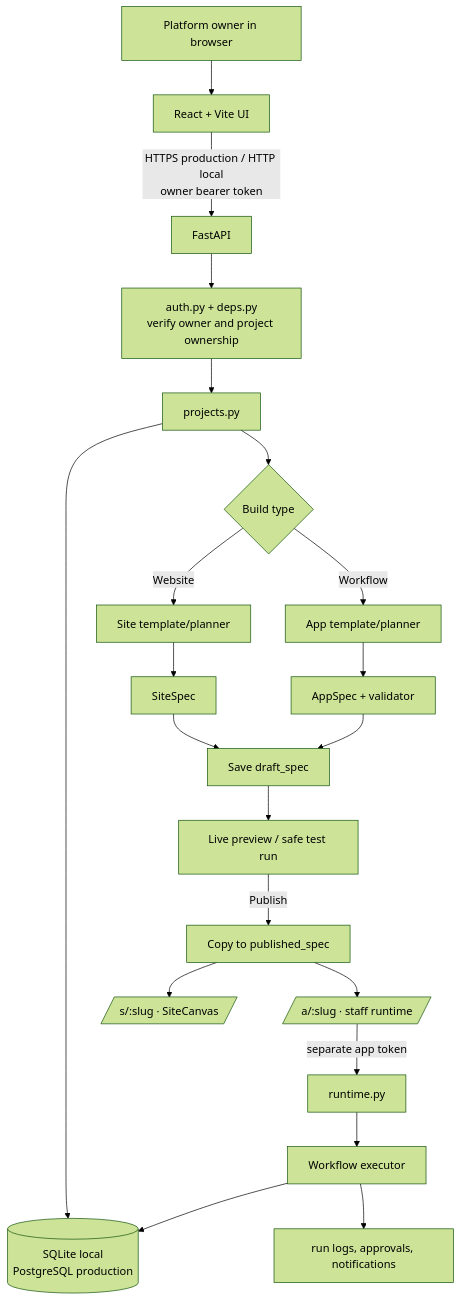
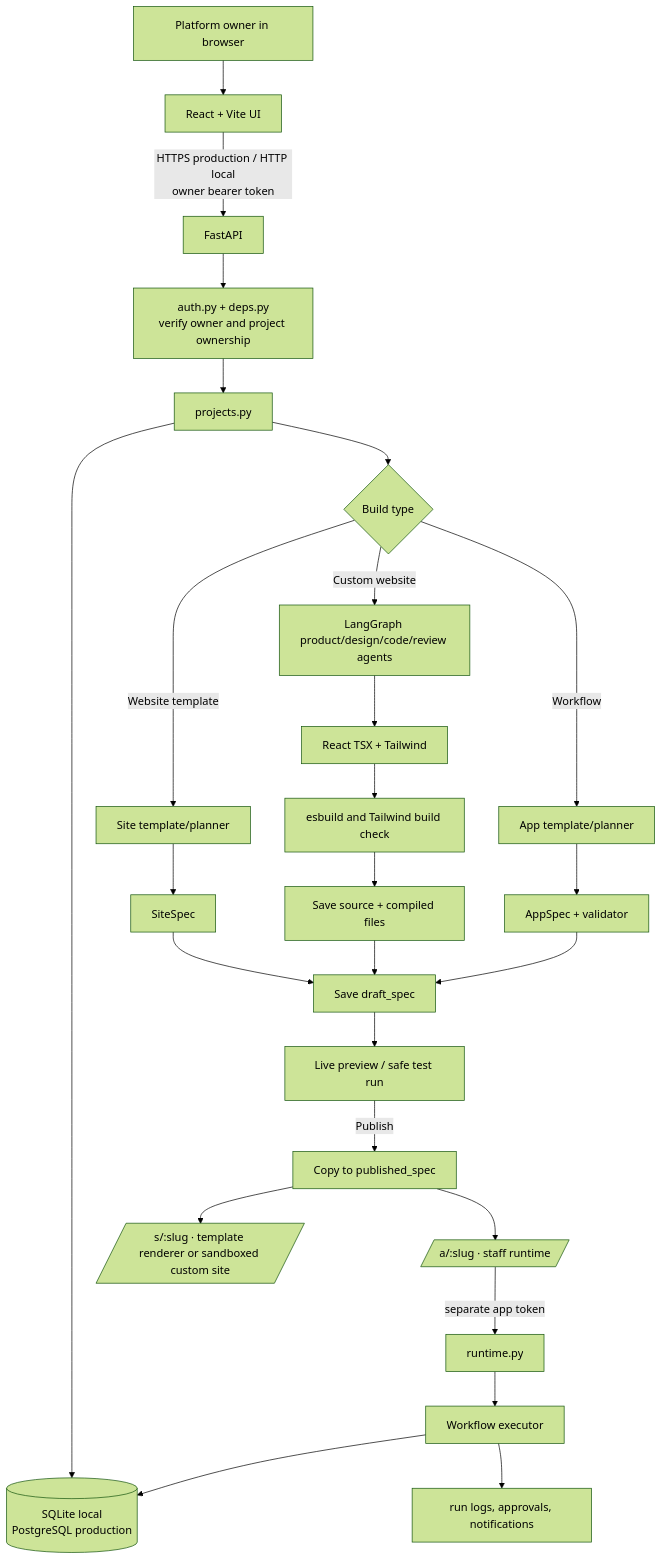
The second of 4 diagrams in ARCHITECTURE.md (Aryan246cs/Agentic-coding-buddy), drawn with Mermaid (forest theme) before and after one commit. The commit also changed other lines of this file and 24 other files, not shown here.

Commit message:
add custom ai website and workflow features, with agents

````diff
--- a/ARCHITECTURE.md
+++ b/ARCHITECTURE.md
@@ -100,24 +104,29 @@
 ```mermaid
 flowchart TB
     User[Platform owner in browser] --> Web[React + Vite UI]
     Web -->|HTTPS production / HTTP local\nowner bearer token| API[FastAPI]
     API --> Auth[auth.py + deps.py\nverify owner and project ownership]
     Auth --> Projects[projects.py]
     Projects --> DB[(SQLite local\nPostgreSQL production)]
 
     Projects --> Choice{Build type}
-    Choice -->|Website| SitePlan[Site template/planner]
+    Choice -->|Website template| SitePlan[Site template/planner]
+    Choice -->|Custom website| SiteGraph[LangGraph product/design/code/review agents]
     Choice -->|Workflow| AppPlan[App template/planner]
     SitePlan --> SiteSpec[SiteSpec]
+    SiteGraph --> SiteBuild[React TSX + Tailwind]
+    SiteBuild --> BuildCheck[esbuild and Tailwind build check]
+    BuildCheck --> DraftFiles[Save source + compiled files]
     AppPlan --> AppSpec[AppSpec + validator]
     SiteSpec --> Draft[Save draft_spec]
+    DraftFiles --> Draft
     AppSpec --> Draft
     Draft --> Preview[Live preview / safe test run]
     Preview -->|Publish| Frozen[Copy to published_spec]
-    Frozen --> PublicSite[/s/:slug · SiteCanvas/]
+    Frozen --> PublicSite[/s/:slug · template renderer or sandboxed custom site/]
     Frozen --> PublicApp[/a/:slug · staff runtime/]
     PublicApp -->|separate app token| RuntimeAPI[runtime.py]
     RuntimeAPI --> Engine[Workflow executor]
     Engine --> DB
     Engine --> Logs[run logs, approvals, notifications]
 ```
````
